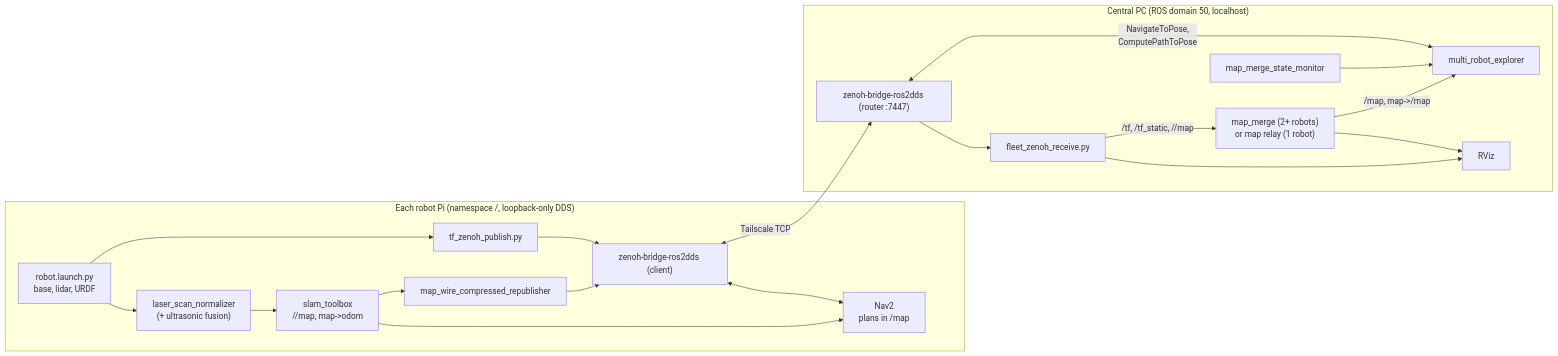
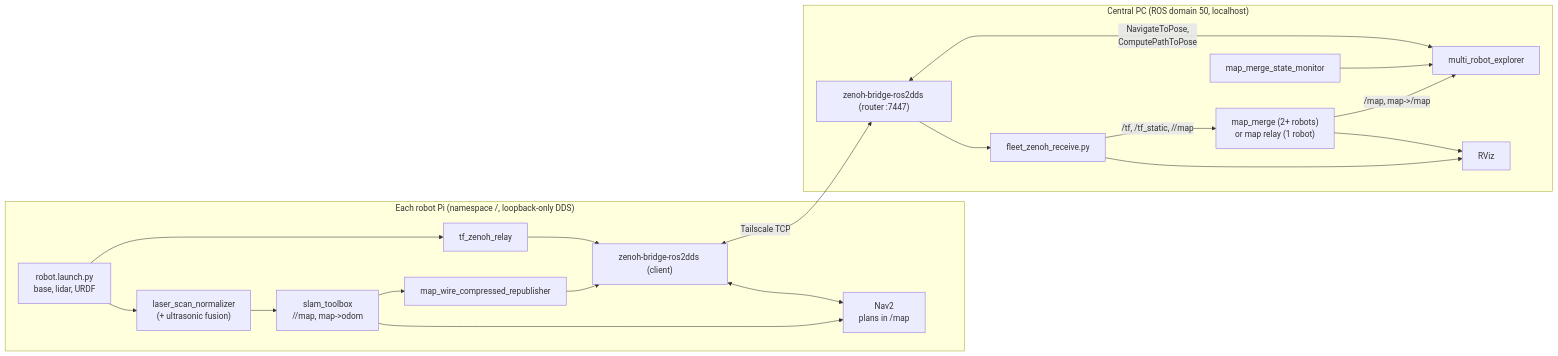
Before and after one commit to SleepyFinale/ans-central-computer: the diagram in docs/architecture.md, drawn with Mermaid. The commit also changed other lines of this file, not shown here.

First line of the commit message:
Update architecture documentation to reflect changes in TF relay naming and functionality

````diff
--- a/docs/architecture.md
+++ b/docs/architecture.md
@@ -7,32 +7,32 @@
 ```mermaid
 flowchart LR
   subgraph robot ["Each robot Pi (namespace /<robot>, loopback-only DDS)"]
     bring["robot.launch.py<br/>base, lidar, URDF"]
     norm["laser_scan_normalizer<br/>(+ ultrasonic fusion)"]
     slam["slam_toolbox<br/>/<robot>/map, map->odom"]
     nav2["Nav2<br/>plans in <robot>/map"]
     wire["map_wire_compressed_republisher"]
-    tfz["tf_zenoh_publish.py"]
+    tfz["tf_zenoh_relay"]
     zr["zenoh-bridge-ros2dds (client)"]
     bring --> norm --> slam --> nav2
     slam --> wire --> zr
     bring --> tfz --> zr
     zr <--> nav2
   end
   subgraph central ["Central PC (ROS domain 50, localhost)"]
     zc["zenoh-bridge-ros2dds (router :7447)"]
     rx["fleet_zenoh_receive.py"]
     mm["map_merge (2+ robots)<br/>or map relay (1 robot)"]
     mon["map_merge_state_monitor"]
     ex["multi_robot_explorer"]
     rv["RViz"]
     zc --> rx
     rx -->|"/tf, /tf_static, /<robot>/map"| mm
     mm -->|"/map, map-><robot>/map"| ex
     mon --> ex
     ex <-->|"NavigateToPose,<br/>ComputePathToPose"| zc
     rx --> rv
     mm --> rv
   end
   zr <-->|"Tailscale TCP"| zc
 ```
````
